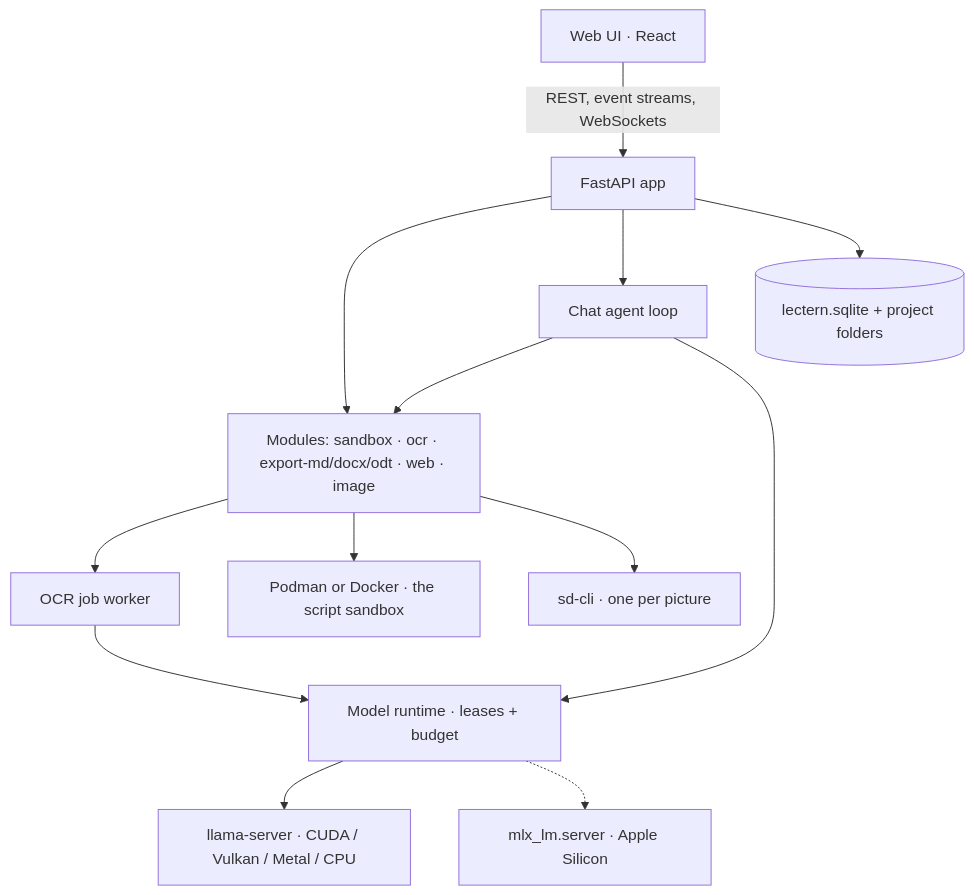
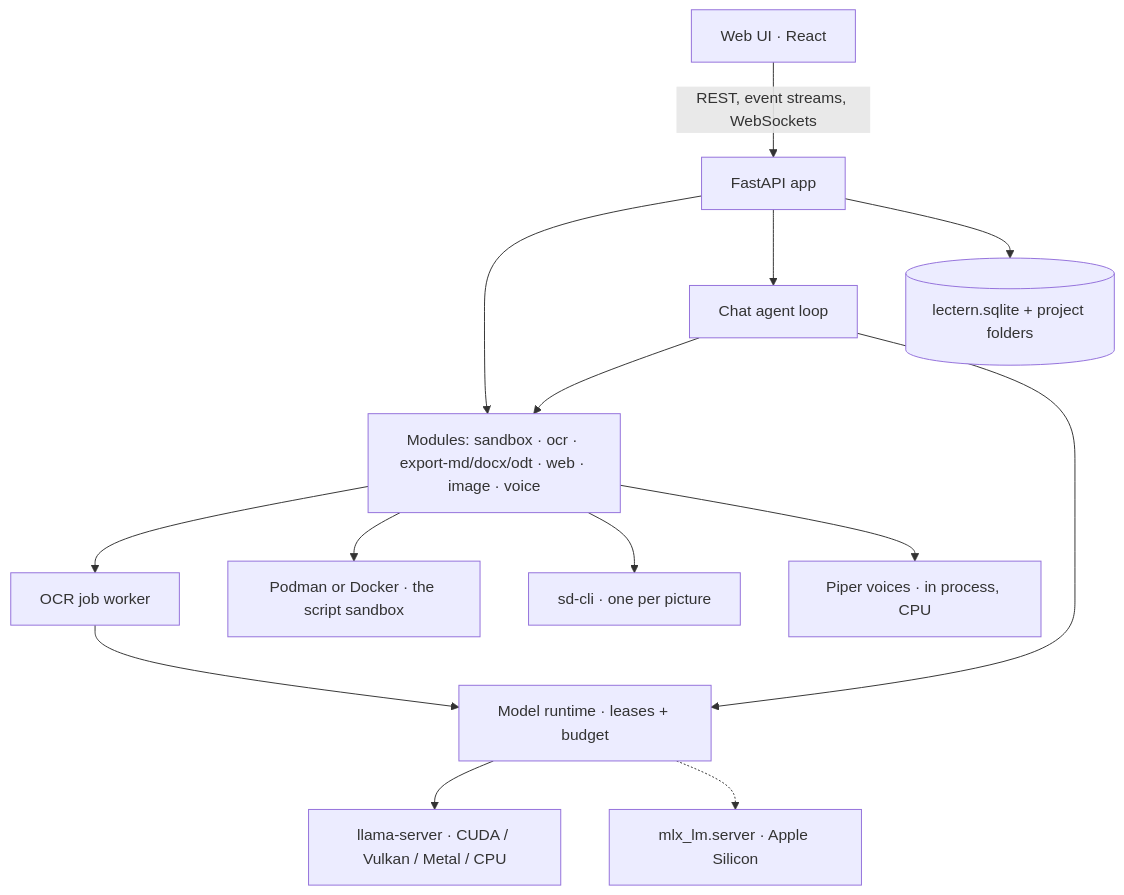
Before and after one commit to matasarei/lectern: the diagram in docs/architecture.md, drawn with Mermaid. The commit also changed other lines of this file and 7 other files, not shown here.

````diff
--- a/docs/architecture.md
+++ b/docs/architecture.md
@@ -6,15 +6,16 @@
 ```mermaid
 flowchart TB
   UI["Web UI · React"] -- "REST, event streams, WebSockets" --> API["FastAPI app"]
-  API --> MODS["Modules: sandbox · ocr · export-md/docx/odt · web · image"]
+  API --> MODS["Modules: sandbox · ocr · export-md/docx/odt · web · image · voice"]
   API --> AGENT["Chat agent loop"]
   AGENT --> MODS
   MODS --> OCRJOB["OCR job worker"]
   AGENT --> RT["Model runtime · leases + budget"]
   OCRJOB --> RT
   RT --> LS["llama-server · CUDA / Vulkan / Metal / CPU"]
   RT -.-> MLX["mlx_lm.server · Apple Silicon"]
   MODS --> BOX["Podman or Docker · the script sandbox"]
   MODS --> SD["sd-cli · one per picture"]
+  MODS --> VOICE["Piper voices · in process, CPU"]
   API --> DB[("lectern.sqlite + project folders")]
 ```
````
